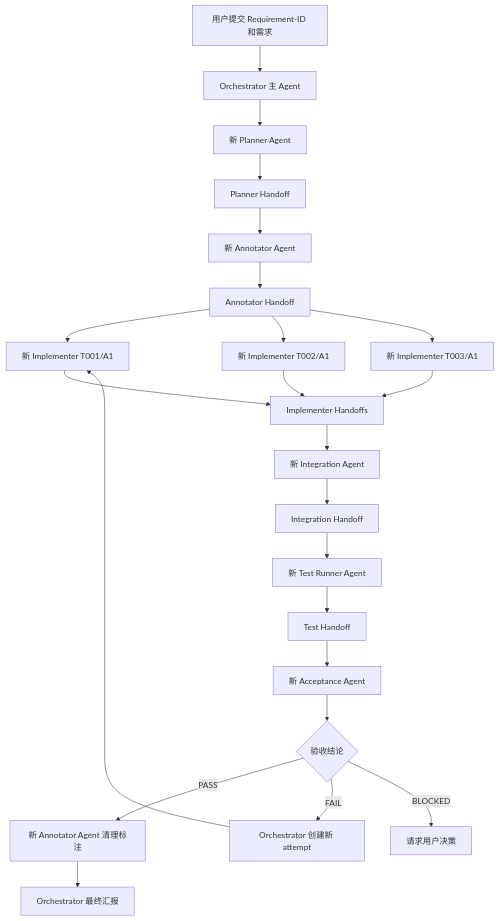
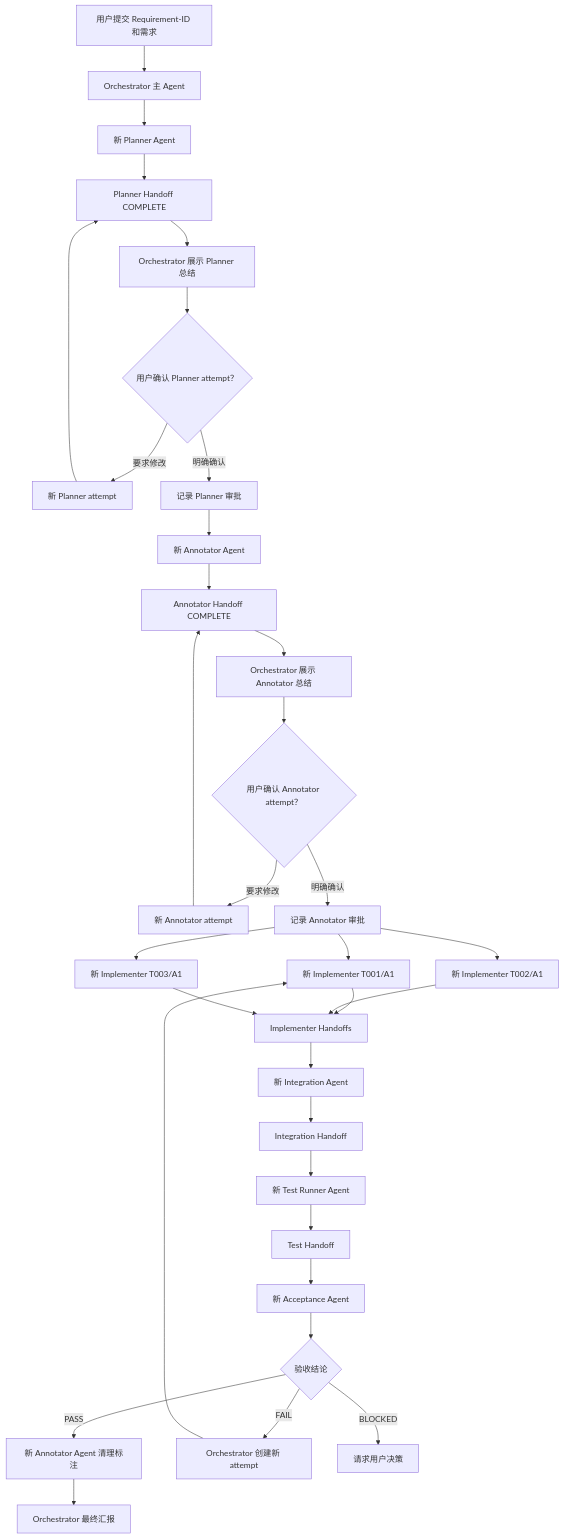
One commit to fzsquare/Annocode changed the first of 2 diagrams in README.md. Above: the diagram before and after it, drawn with Mermaid. The commit also changed other lines of this file and 14 other files, not shown here.

```diff
--- a/README.md
+++ b/README.md
@@ -74,25 +84,35 @@
 ~~~mermaid
 flowchart TD
     U["用户提交 Requirement-ID 和需求"] --> O["Orchestrator 主 Agent"]
     O --> P["新 Planner Agent"]
-    P --> PH["Planner Handoff"]
-    PH --> A["新 Annotator Agent"]
-    A --> AH["Annotator Handoff"]
-    AH --> I1["新 Implementer T001/A1"]
-    AH --> I2["新 Implementer T002/A1"]
-    AH --> I3["新 Implementer T003/A1"]
+    P --> PH["Planner Handoff COMPLETE"]
+    PH --> PS["Orchestrator 展示 Planner 总结"]
+    PS --> PC{"用户确认 Planner attempt？"}
+    PC -->|"要求修改"| P2["新 Planner attempt"]
+    P2 --> PH
+    PC -->|"明确确认"| PA["记录 Planner 审批"]
+    PA --> A["新 Annotator Agent"]
+    A --> AH["Annotator Handoff COMPLETE"]
+    AH --> AS["Orchestrator 展示 Annotator 总结"]
+    AS --> AC{"用户确认 Annotator attempt？"}
+    AC -->|"要求修改"| A2["新 Annotator attempt"]
+    A2 --> AH
+    AC -->|"明确确认"| AA["记录 Annotator 审批"]
+    AA --> I1["新 Implementer T001/A1"]
+    AA --> I2["新 Implementer T002/A1"]
+    AA --> I3["新 Implementer T003/A1"]
     I1 --> IH["Implementer Handoffs"]
     I2 --> IH
     I3 --> IH
     IH --> G["新 Integration Agent"]
     G --> GH["Integration Handoff"]
     GH --> T["新 Test Runner Agent"]
     T --> TH["Test Handoff"]
     TH --> R["新 Acceptance Agent"]
     R --> D{"验收结论"}
     D -->|"PASS"| C["新 Annotator Agent 清理标注"]
     D -->|"FAIL"| W["Orchestrator 创建新 attempt"]
     W --> I1
     D -->|"BLOCKED"| Q["请求用户决策"]
     C --> F["Orchestrator 最终汇报"]
 ~~~
```
